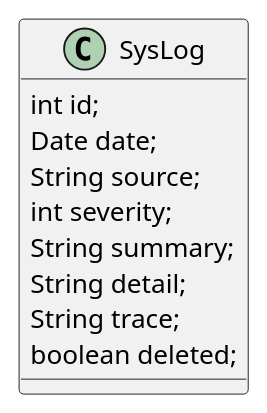
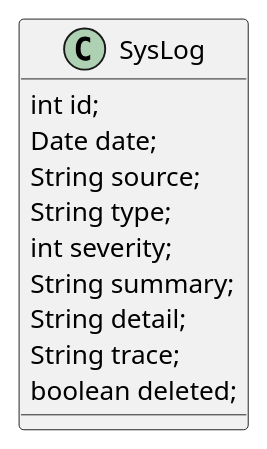
The diagram in doc/src/asciidoc/entities/syslog.adoc (jpos/jPOS-EE), drawn with PlantUML before and after one commit. The commit also changed other lines of this file, not shown here.

Commit message:
Add missing `type` property in Syslog documentation.

```diff
--- a/doc/src/asciidoc/entities/syslog.adoc
+++ b/doc/src/asciidoc/entities/syslog.adoc
@@ -3,15 +3,16 @@
 [plantuml, syslog, svg]
 ----
 @startuml
 class SysLog {
   int id;
   Date date;
   String source;
+  String type;
   int severity;
   String summary;
   String detail;
   String trace;
   boolean deleted;
 } 
 @enduml
 ----
```
